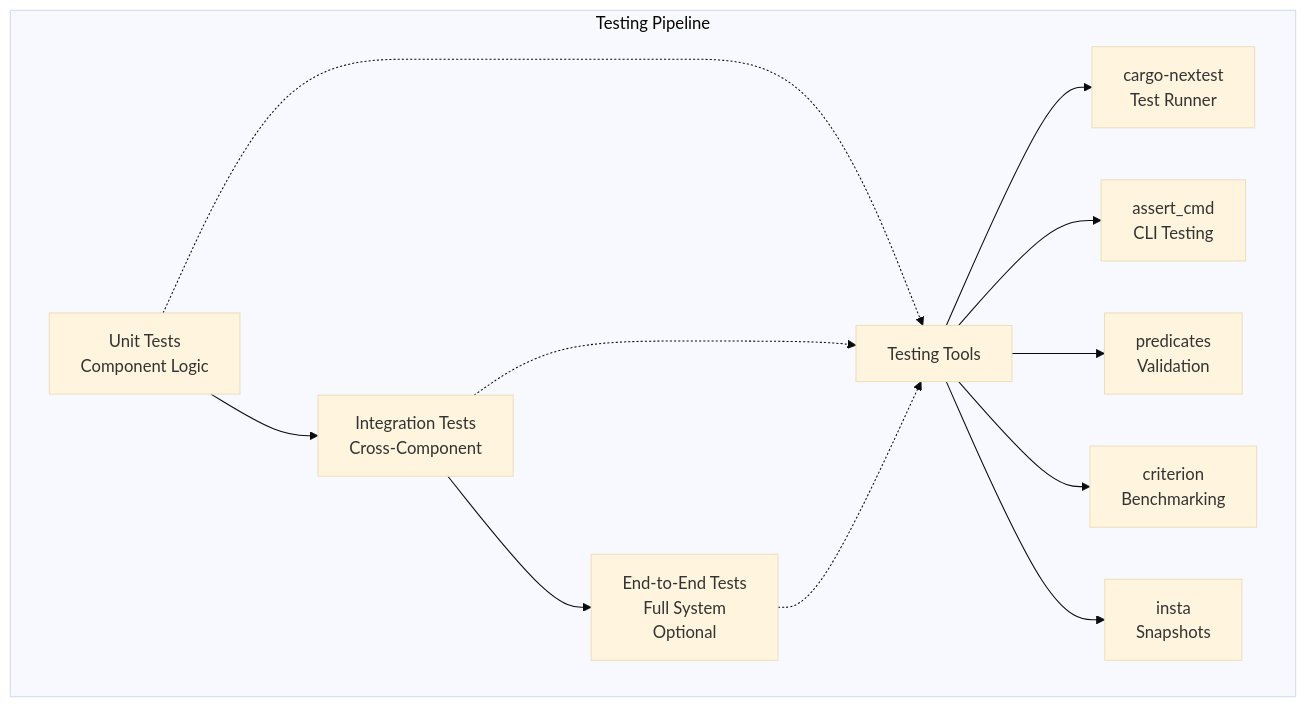
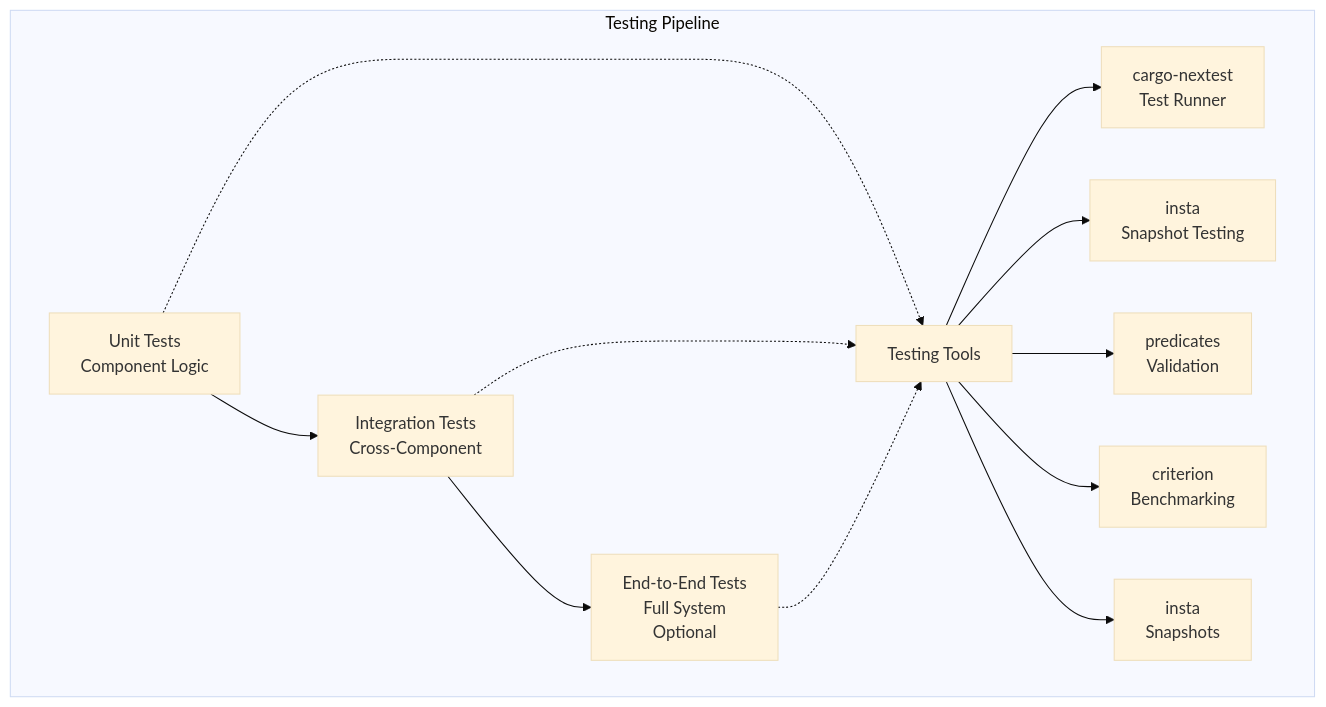
The third of 3 diagrams in AGENTS.md (EvilBit-Labs/DaemonEye), drawn with Mermaid (base theme) before and after one commit. The commit also changed other lines of this file and 80 other files, not shown here.

````diff
--- a/AGENTS.md
+++ b/AGENTS.md
@@ -578,17 +786,17 @@
 ```mermaid
 flowchart TB
     subgraph "Testing Pipeline"
         UT[Unit Tests<br/>Component Logic] --> IT[Integration Tests<br/>Cross-Component]
         IT --> E2E[End-to-End Tests<br/>Full System<br/>Optional]
 
         UT -.-> TOOLS[Testing Tools]
         IT -.-> TOOLS
         E2E -.-> TOOLS
 
         TOOLS --> CN[cargo-nextest<br/>Test Runner]
-        TOOLS --> AC[assert_cmd<br/>CLI Testing]
+        TOOLS --> AC[insta<br/>Snapshot Testing]
         TOOLS --> P[predicates<br/>Validation]
         TOOLS --> C[criterion<br/>Benchmarking]
         TOOLS --> I[insta<br/>Snapshots]
     end
 ```
````
